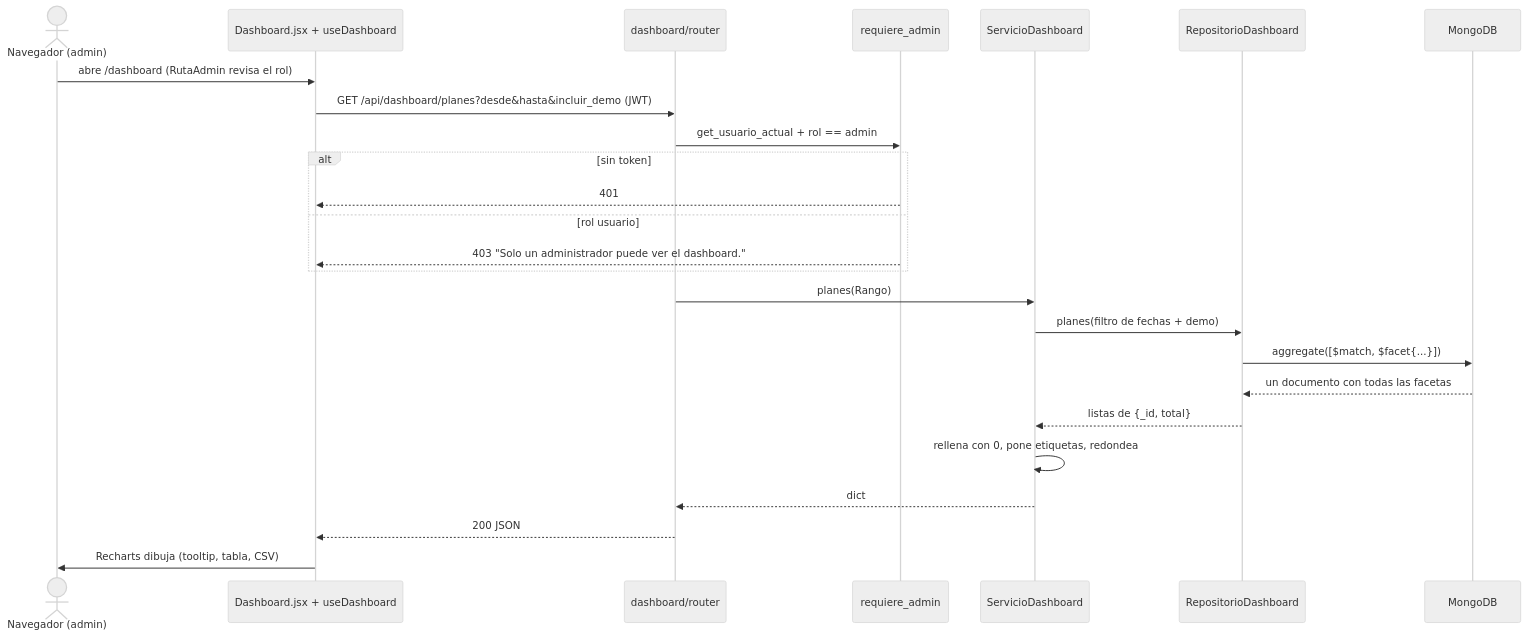
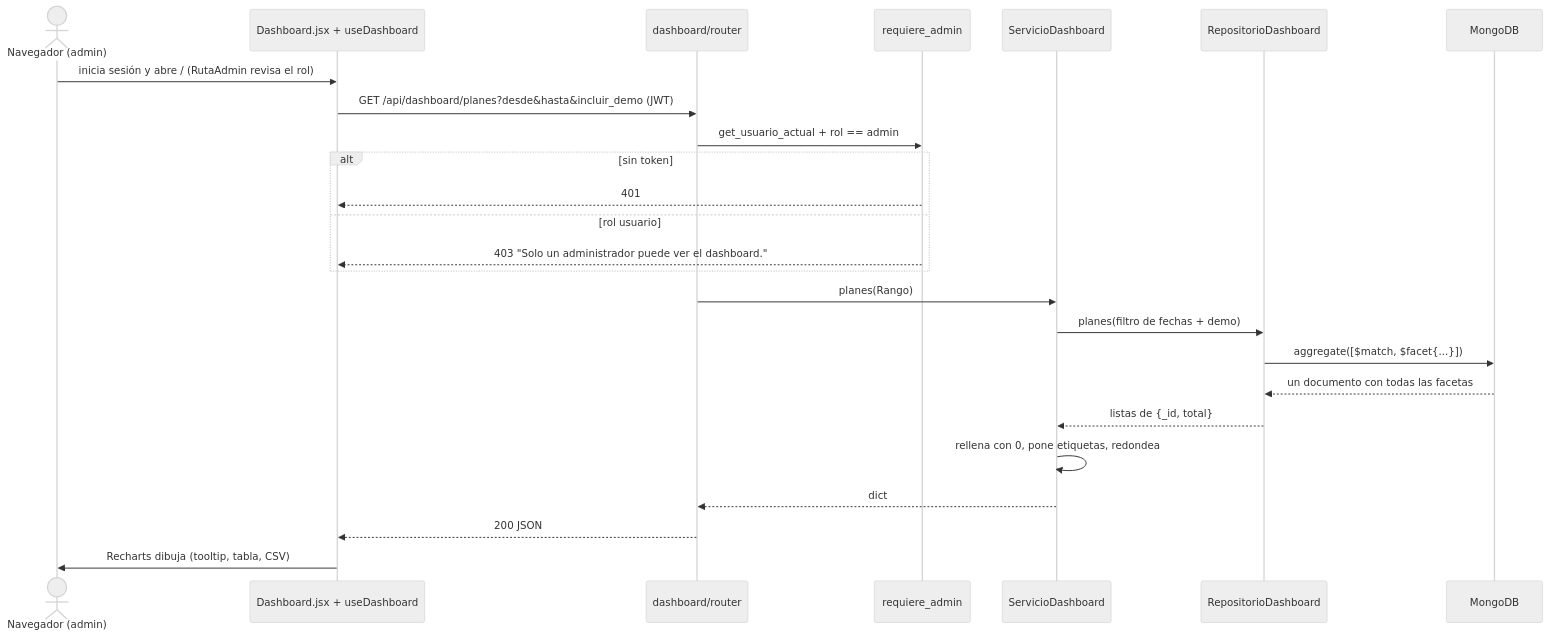
The diagram in DOCS/manual-tecnico/dashboard.md (jirotrash/KompasAPPbeta), drawn with Mermaid (neutral theme) before and after one commit. The commit also changed other lines of this file and 11 other files, not shown here.

Commit message:
Deja la web solo con el dashboard de administración y la marca Kompás

````diff
--- a/DOCS/manual-tecnico/dashboard.md
+++ b/DOCS/manual-tecnico/dashboard.md
@@ -11,28 +11,28 @@
 ```mermaid
 sequenceDiagram
   actor Admin as Navegador (admin)
   participant Web as Dashboard.jsx + useDashboard
   participant R as dashboard/router
   participant Seg as requiere_admin
   participant S as ServicioDashboard
   participant Repo as RepositorioDashboard
   participant DB as MongoDB
 
-  Admin->>Web: abre /dashboard (RutaAdmin revisa el rol)
+  Admin->>Web: inicia sesión y abre / (RutaAdmin revisa el rol)
   Web->>R: GET /api/dashboard/planes?desde&hasta&incluir_demo (JWT)
   R->>Seg: get_usuario_actual + rol == admin
   alt sin token
     Seg-->>Web: 401
   else rol usuario
     Seg-->>Web: 403 "Solo un administrador puede ver el dashboard."
   end
   R->>S: planes(Rango)
   S->>Repo: planes(filtro de fechas + demo)
   Repo->>DB: aggregate([$match, $facet{...}])
   DB-->>Repo: un documento con todas las facetas
   Repo-->>S: listas de {_id, total}
   S->>S: rellena con 0, pone etiquetas, redondea
   S-->>R: dict
   R-->>Web: 200 JSON
   Web->>Admin: Recharts dibuja (tooltip, tabla, CSV)
 ```
````
